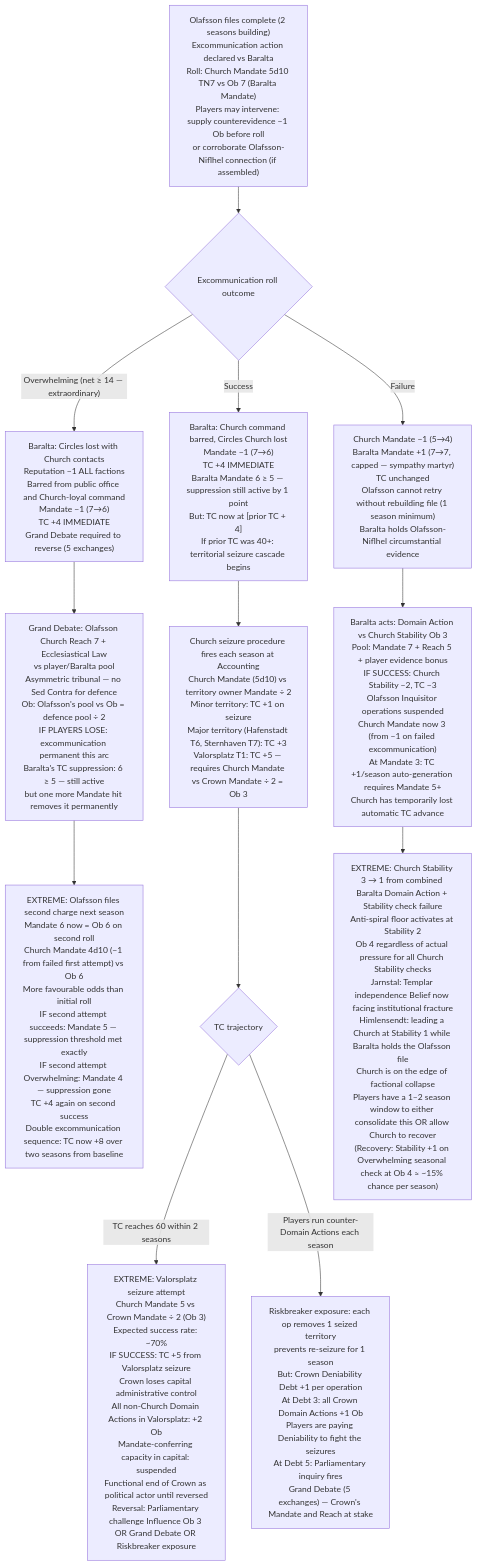
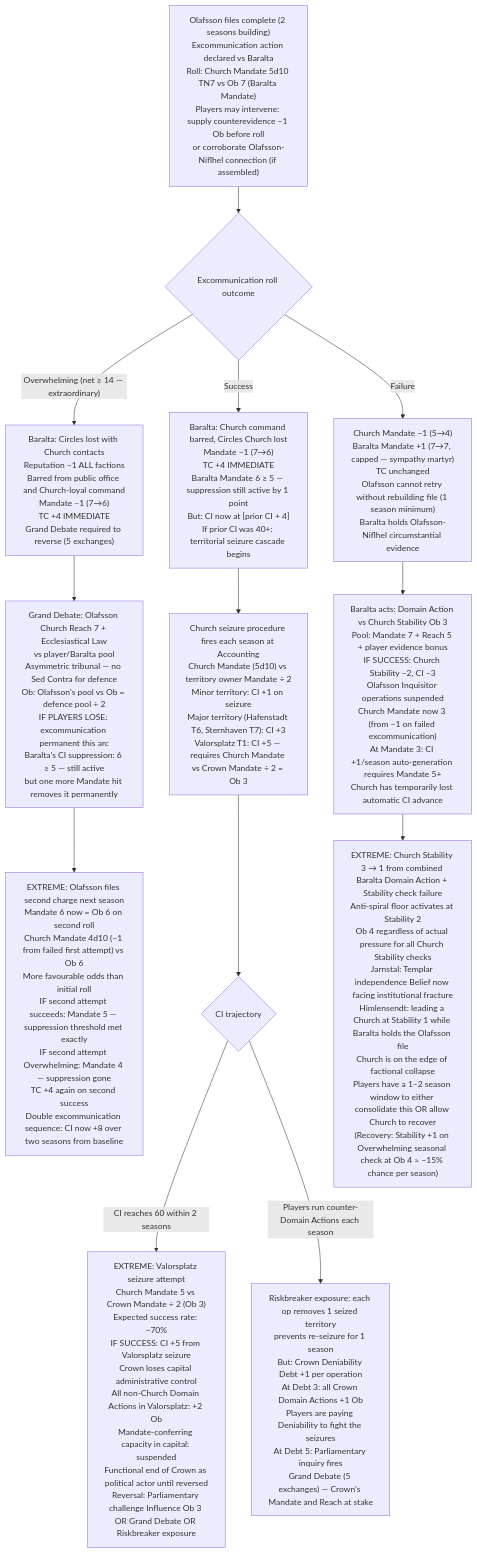
The second of 4 diagrams in designs/arcs/arcs_20_23.md (jordanelias/ttrpg), drawn with Mermaid before and after one commit. The commit also changed other lines of this file and 59 other files, not shown here.

````diff
--- a/designs/arcs/arcs_20_23.md
+++ b/designs/arcs/arcs_20_23.md
@@ -127,18 +127,18 @@
 ```mermaid
 flowchart TD
     A["Olafsson files complete (2 seasons building)\nExcommunication action declared vs Baralta\nRoll: Church Mandate 5d10 TN7 vs Ob 7 (Baralta Mandate)\nPlayers may intervene: supply counterevidence −1 Ob before roll\nor corroborate Olafsson-Niflhel connection (if assembled)"] --> B{Excommunication roll outcome}
     
     B -->|"Overwhelming (net ≥ 14 — extraordinary)"| C["Baralta: Circles lost with Church contacts\nReputation −1 ALL factions\nBarred from public office and Church-loyal command\nMandate −1 (7→6)\nTC +4 IMMEDIATE\nGrand Debate required to reverse (5 exchanges)"]
-    C --> D["Grand Debate: Olafsson Church Reach 7 + Ecclesiastical Law\nvs player/Baralta pool\nAsymmetric tribunal — no Sed Contra for defence\nOb: Olafsson's pool vs Ob = defence pool ÷ 2\nIF PLAYERS LOSE: excommunication permanent this arc\nBaralta's TC suppression: 6 ≥ 5 — still active\nbut one more Mandate hit removes it permanently"]
-    D --> E["EXTREME: Olafsson files second charge next season\nMandate 6 now = Ob 6 on second roll\nChurch Mandate 4d10 (−1 from failed first attempt) vs Ob 6\nMore favourable odds than initial roll\nIF second attempt succeeds: Mandate 5 — suppression threshold met exactly\nIF second attempt Overwhelming: Mandate 4 — suppression gone\nTC +4 again on second success\nDouble excommunication sequence: TC now +8 over two seasons from baseline"]
+    C --> D["Grand Debate: Olafsson Church Reach 7 + Ecclesiastical Law\nvs player/Baralta pool\nAsymmetric tribunal — no Sed Contra for defence\nOb: Olafsson's pool vs Ob = defence pool ÷ 2\nIF PLAYERS LOSE: excommunication permanent this arc\nBaralta's CI suppression: 6 ≥ 5 — still active\nbut one more Mandate hit removes it permanently"]
+    D --> E["EXTREME: Olafsson files second charge next season\nMandate 6 now = Ob 6 on second roll\nChurch Mandate 4d10 (−1 from failed first attempt) vs Ob 6\nMore favourable odds than initial roll\nIF second attempt succeeds: Mandate 5 — suppression threshold met exactly\nIF second attempt Overwhelming: Mandate 4 — suppression gone\nTC +4 again on second success\nDouble excommunication sequence: CI now +8 over two seasons from baseline"]
     
-    B -->|"Success"| F["Baralta: Church command barred, Circles Church lost\nMandate −1 (7→6)\nTC +4 IMMEDIATE\nBaralta Mandate 6 ≥ 5 — suppression still active by 1 point\nBut: TC now at [prior TC + 4]\nIf prior TC was 40+: territorial seizure cascade begins"]
-    F --> G["Church seizure procedure fires each season at Accounting\nChurch Mandate (5d10) vs territory owner Mandate ÷ 2\nMinor territory: TC +1 on seizure\nMajor territory (Hafenstadt T6, Sternhaven T7): TC +3\nValorsplatz T1: TC +5 — requires Church Mandate vs Crown Mandate ÷ 2 = Ob 3"]
-    G --> H{TC trajectory}
-    H -->|"TC reaches 60 within 2 seasons"| I["EXTREME: Valorsplatz seizure attempt\nChurch Mandate 5 vs Crown Mandate ÷ 2 (Ob 3)\nExpected success rate: ~70%\nIF SUCCESS: TC +5 from Valorsplatz seizure\nCrown loses capital administrative control\nAll non-Church Domain Actions in Valorsplatz: +2 Ob\nMandate-conferring capacity in capital: suspended\nFunctional end of Crown as political actor until reversed\nReversal: Parliamentary challenge Influence Ob 3 OR Grand Debate OR Riskbreaker exposure"]
+    B -->|"Success"| F["Baralta: Church command barred, Circles Church lost\nMandate −1 (7→6)\nTC +4 IMMEDIATE\nBaralta Mandate 6 ≥ 5 — suppression still active by 1 point\nBut: CI now at [prior CI + 4]\nIf prior CI was 40+: territorial seizure cascade begins"]
+    F --> G["Church seizure procedure fires each season at Accounting\nChurch Mandate (5d10) vs territory owner Mandate ÷ 2\nMinor territory: CI +1 on seizure\nMajor territory (Hafenstadt T6, Sternhaven T7): CI +3\nValorsplatz T1: CI +5 — requires Church Mandate vs Crown Mandate ÷ 2 = Ob 3"]
+    G --> H{CI trajectory}
+    H -->|"CI reaches 60 within 2 seasons"| I["EXTREME: Valorsplatz seizure attempt\nChurch Mandate 5 vs Crown Mandate ÷ 2 (Ob 3)\nExpected success rate: ~70%\nIF SUCCESS: CI +5 from Valorsplatz seizure\nCrown loses capital administrative control\nAll non-Church Domain Actions in Valorsplatz: +2 Ob\nMandate-conferring capacity in capital: suspended\nFunctional end of Crown as political actor until reversed\nReversal: Parliamentary challenge Influence Ob 3 OR Grand Debate OR Riskbreaker exposure"]
     H -->|"Players run counter-Domain Actions each season"| J["Riskbreaker exposure: each op removes 1 seized territory\nprevents re-seizure for 1 season\nBut: Crown Deniability Debt +1 per operation\nAt Debt 3: all Crown Domain Actions +1 Ob\nPlayers are paying Deniability to fight the seizures\nAt Debt 5: Parliamentary inquiry fires\nGrand Debate (5 exchanges) — Crown's Mandate and Reach at stake"]
     
     B -->|"Failure"| K["Church Mandate −1 (5→4)\nBaralta Mandate +1 (7→7, capped — sympathy martyr)\nTC unchanged\nOlafsson cannot retry without rebuilding file (1 season minimum)\nBaralta holds Olafsson-Niflhel circumstantial evidence"]
-    K --> L["Baralta acts: Domain Action vs Church Stability Ob 3\nPool: Mandate 7 + Reach 5 + player evidence bonus\nIF SUCCESS: Church Stability −2, TC −3\nOlafsson Inquisitor operations suspended\nChurch Mandate now 3 (from −1 on failed excommunication)\nAt Mandate 3: TC +1/season auto-generation requires Mandate 5+\nChurch has temporarily lost automatic TC advance"]
+    K --> L["Baralta acts: Domain Action vs Church Stability Ob 3\nPool: Mandate 7 + Reach 5 + player evidence bonus\nIF SUCCESS: Church Stability −2, CI −3\nOlafsson Inquisitor operations suspended\nChurch Mandate now 3 (from −1 on failed excommunication)\nAt Mandate 3: CI +1/season auto-generation requires Mandate 5+\nChurch has temporarily lost automatic CI advance"]
     L --> M["EXTREME: Church Stability 3 → 1 from combined Baralta Domain Action + Stability check failure\nAnti-spiral floor activates at Stability 2\nOb 4 regardless of actual pressure for all Church Stability checks\nJarnstal: Templar independence Belief now facing institutional fracture\nHimlensendt: leading a Church at Stability 1 while Baralta holds the Olafsson file\nChurch is on the edge of factional collapse\nPlayers have a 1–2 season window to either consolidate this OR allow Church to recover\n(Recovery: Stability +1 on Overwhelming seasonal check at Ob 4 ≈ ~15% chance per season)"]
 ```
````
